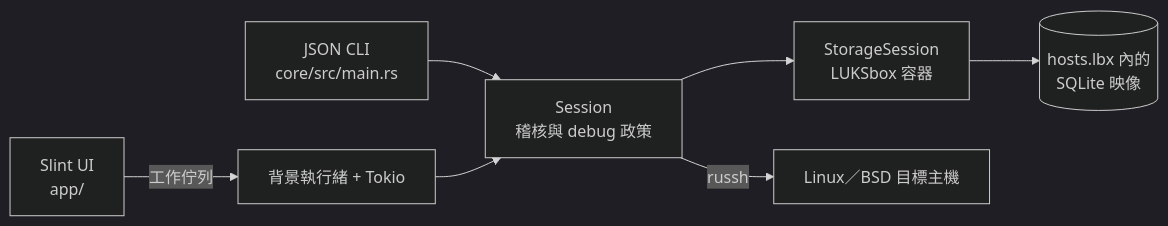
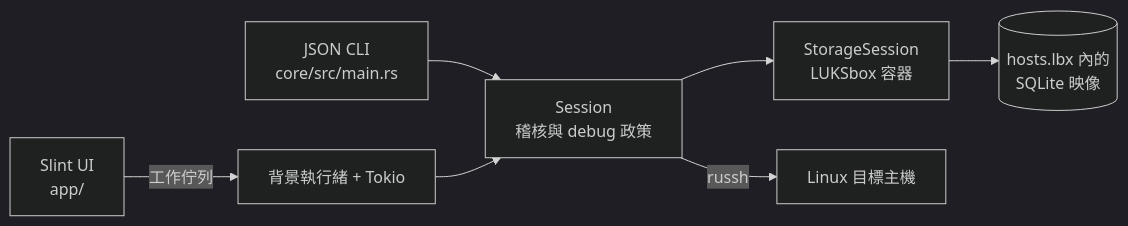
Before and after one commit to Sparxilium-Network/MISF-Management-Terminal: the diagram in docs/architecture.md, drawn with Mermaid (dark theme). The commit also changed other lines of this file and 24 other files, not shown here.

````diff
--- a/docs/architecture.md
+++ b/docs/architecture.md
@@ -26,9 +26,9 @@
 ```mermaid
 flowchart LR
     UI[Slint UI<br/>app/] -->|工作佇列| Worker[背景執行緒 + Tokio]
     CLI[JSON CLI<br/>core/src/main.rs] --> Session
     Worker --> Session[Session<br/>稽核與 debug 政策]
     Session --> Storage[StorageSession<br/>LUKSbox 容器]
     Storage --> DB[(hosts.lbx 內的<br/>SQLite 映像)]
-    Session -->|russh| Host[Linux／BSD 目標主機]
+    Session -->|russh| Host[Linux 目標主機]
 ```
````
